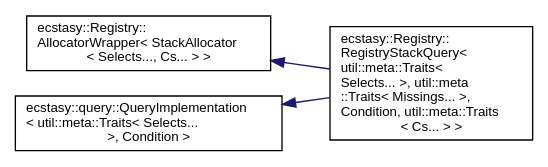
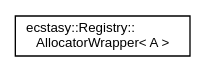
The diagram in inherit_graph_52.dot (AndreasLrx/ecstasy), drawn with Graphviz before and after one commit. The commit also changed 398 other files, not shown here.

```diff
--- a/inherit_graph_52.dot
+++ b/inherit_graph_52.dot
@@ -1,12 +1,8 @@
 digraph "Graphical Class Hierarchy"
 {
  // LATEX_PDF_SIZE
   edge [fontname="Helvetica",fontsize="10",labelfontname="Helvetica",labelfontsize="10"];
   node [fontname="Helvetica",fontsize="10",shape=record];
   rankdir="LR";
-  Node0 [label="ecstasy::Registry::\lAllocatorWrapper\< StackAllocator\l\< Selects..., Cs... \> \>",height=0.2,width=0.4,color="black", fillcolor="white", style="filled",URL="$classecstasy_1_1_registry_1_1_allocator_wrapper.html",tooltip=" "];
-  Node0 -> Node1 [dir="back",color="midnightblue",fontsize="10",style="solid",fontname="Helvetica"];
-  Node1 [label="ecstasy::Registry::\lRegistryStackQuery\<\l util::meta::Traits\<\l Selects... \>, util::meta\l::Traits\< Missings... \>,\l Condition, util::meta::Traits\l\< Cs... \> \>",height=0.2,width=0.4,color="black", fillcolor="white", style="filled",URL="$classecstasy_1_1_registry_1_1_registry_stack_query_3_01util_1_1meta_1_1_traits_3_01_selects_8_8_67423517c508eca6c225f0c9a9067d5e.html",tooltip="Registry query allocating everything on the stack (if allocation required)."];
-  Node139 [label="ecstasy::query::QueryImplementation\l\< util::meta::Traits\< Selects...\l \>, Condition \>",height=0.2,width=0.4,color="black", fillcolor="white", style="filled",URL="$classecstasy_1_1query_1_1_query_implementation.html",tooltip=" "];
-  Node139 -> Node1 [dir="back",color="midnightblue",fontsize="10",style="solid",fontname="Helvetica"];
+  Node0 [label="ecstasy::Registry::\lAllocatorWrapper\< A \>",height=0.2,width=0.4,color="black", fillcolor="white", style="filled",URL="$classecstasy_1_1_registry_1_1_allocator_wrapper.html",tooltip="Wrapper for the allocator, see RegistryStackQuery for more details."];
 }
```
